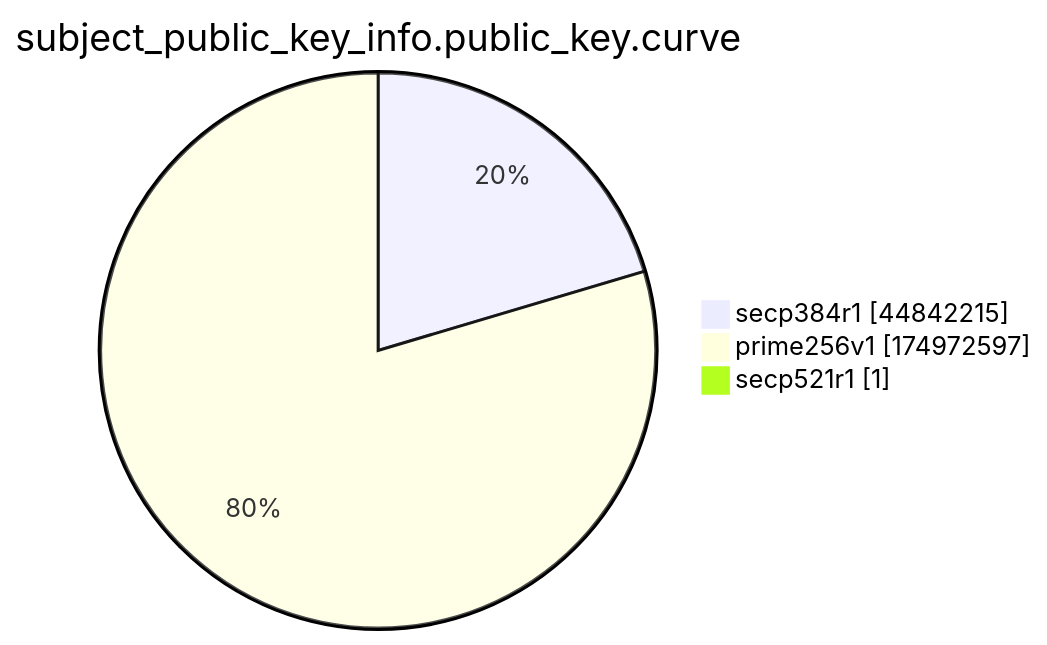
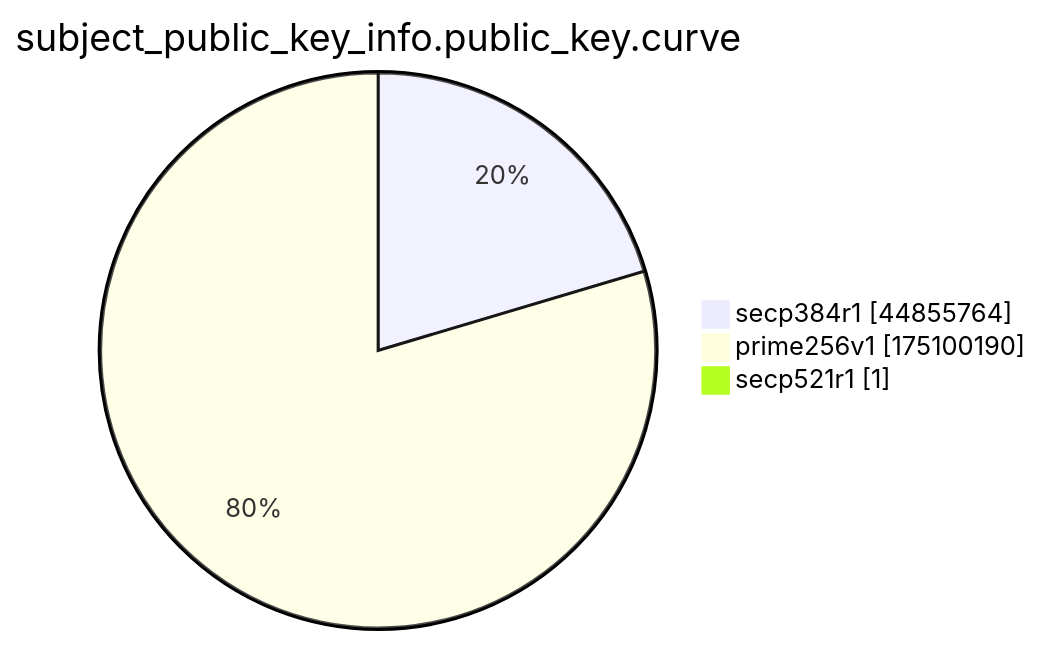
One commit to christiankrug/ctmonitor_visualization changed the ninth of 15 diagrams in xenon2022/README.md. Above: the diagram before and after it, drawn with Mermaid. The commit also changed other lines of this file, not shown here.

````diff
--- a/xenon2022/README.md
+++ b/xenon2022/README.md
@@ -2871,7 +2871,7 @@
 ```mermaid
 pie showData
 title subject_public_key_info.public_key.curve
-"secp384r1" :44842215
-"prime256v1" :174972597
+"secp384r1" :44855764
+"prime256v1" :175100190
 "secp521r1" :1
 ```
````
